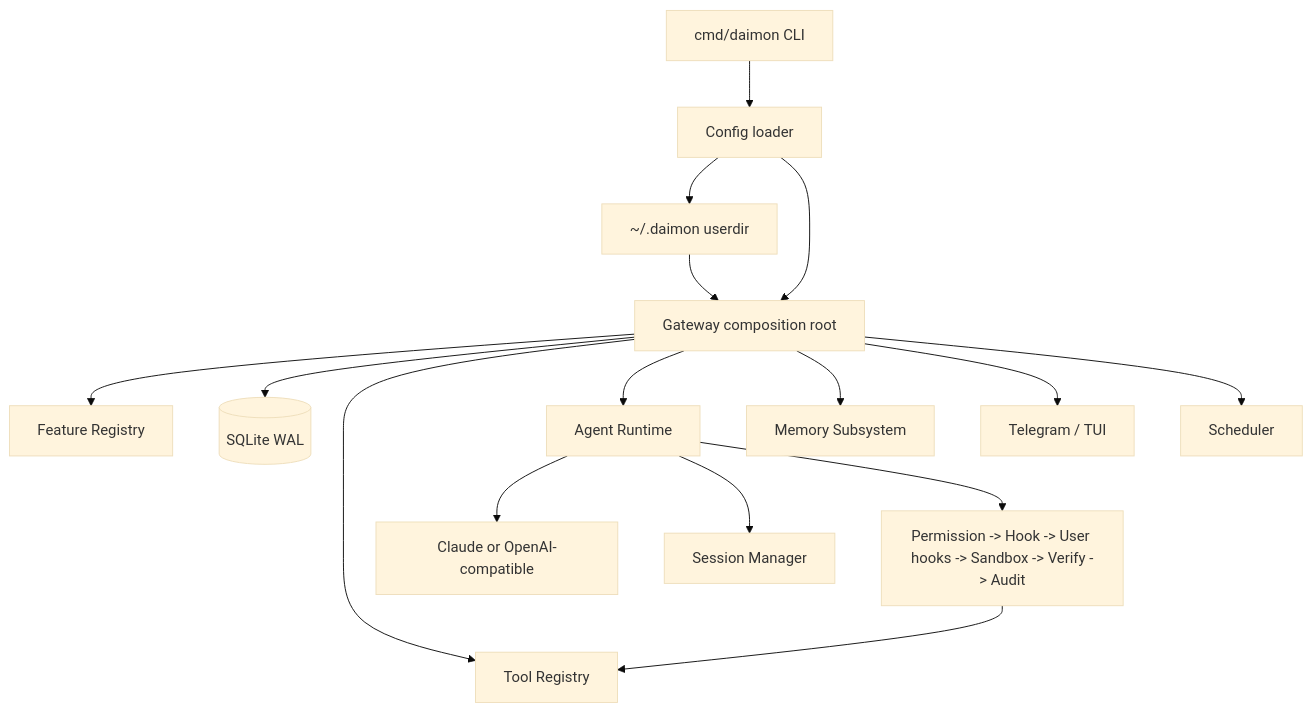
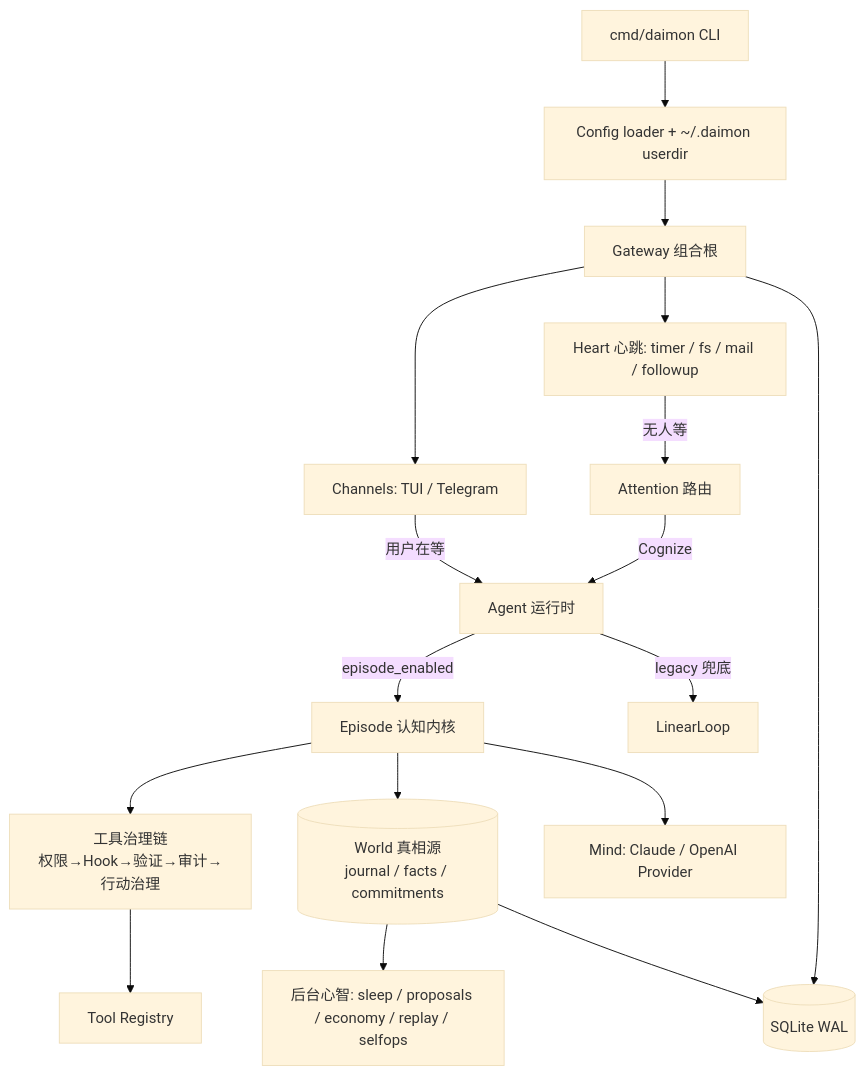
Before and after one commit to Forest-Isle/daimon: the diagram in README_zh.md, drawn with Mermaid (base theme). The commit also changed other lines of this file and 1 other file, not shown here.

First line of the commit message:
docs: 重写 README_zh 反映 Daimon 认知架构 + 新增 ARCHITECTURE_GUIDE 导读

````diff
--- a/README_zh.md
+++ b/README_zh.md
@@ -9,20 +19,24 @@
 ```mermaid
 flowchart TB
-    CLI[cmd/daimon CLI] --> Config[Config loader]
-    Config --> UserDir[~/.daimon userdir]
-    Config --> Gateway[Gateway composition root]
-    UserDir --> Gateway
+    CLI[cmd/daimon CLI] --> Config[Config loader + ~/.daimon userdir]
+    Config --> Gateway[Gateway 组合根]
 
-    Gateway --> Feature[Feature Registry]
+    Gateway --> Chat[Channels: TUI / Telegram]
+    Gateway --> Heart[Heart 心跳: timer / fs / mail / followup]
+
+    Chat -->|用户在等| Agent[Agent 运行时]
+    Heart -->|无人等| Attention[Attention 路由]
+    Attention -->|Cognize| Agent
+
+    Agent -->|episode_enabled| Kernel[Episode 认知内核]
+    Agent -->|legacy 兜底| Linear[LinearLoop]
+
+    Kernel --> ToolChain[工具治理链<br/>权限→Hook→验证→审计→行动治理]
+    Kernel --> World[(World 真相源<br/>journal / facts / commitments)]
+    Kernel --> Mind[Mind: Claude / OpenAI Provider]
+    ToolChain --> Tools[Tool Registry]
+
+    World --> Background[后台心智: sleep / proposals / economy / replay / selfops]
     Gateway --> Store[(SQLite WAL)]
-    Gateway --> Tools[Tool Registry]
-    Gateway --> Agent[Agent Runtime]
-    Gateway --> Memory[Memory Subsystem]
-    Gateway --> Channels[Telegram / TUI]
-    Gateway --> Scheduler[Scheduler]
-
-    Agent --> Provider[Claude or OpenAI-compatible]
-    Agent --> Sessions[Session Manager]
-    Agent --> ToolChain[Permission -> Hook -> User hooks -> Sandbox -> Verify -> Audit]
-    ToolChain --> Tools
+    World --> Store
 ```
````
